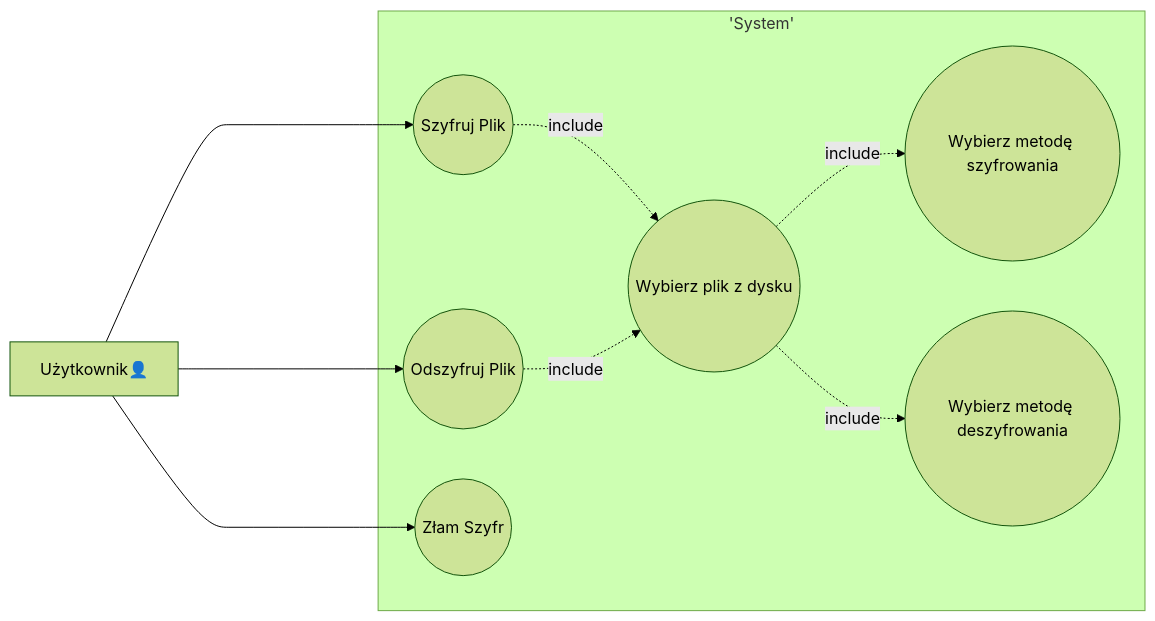
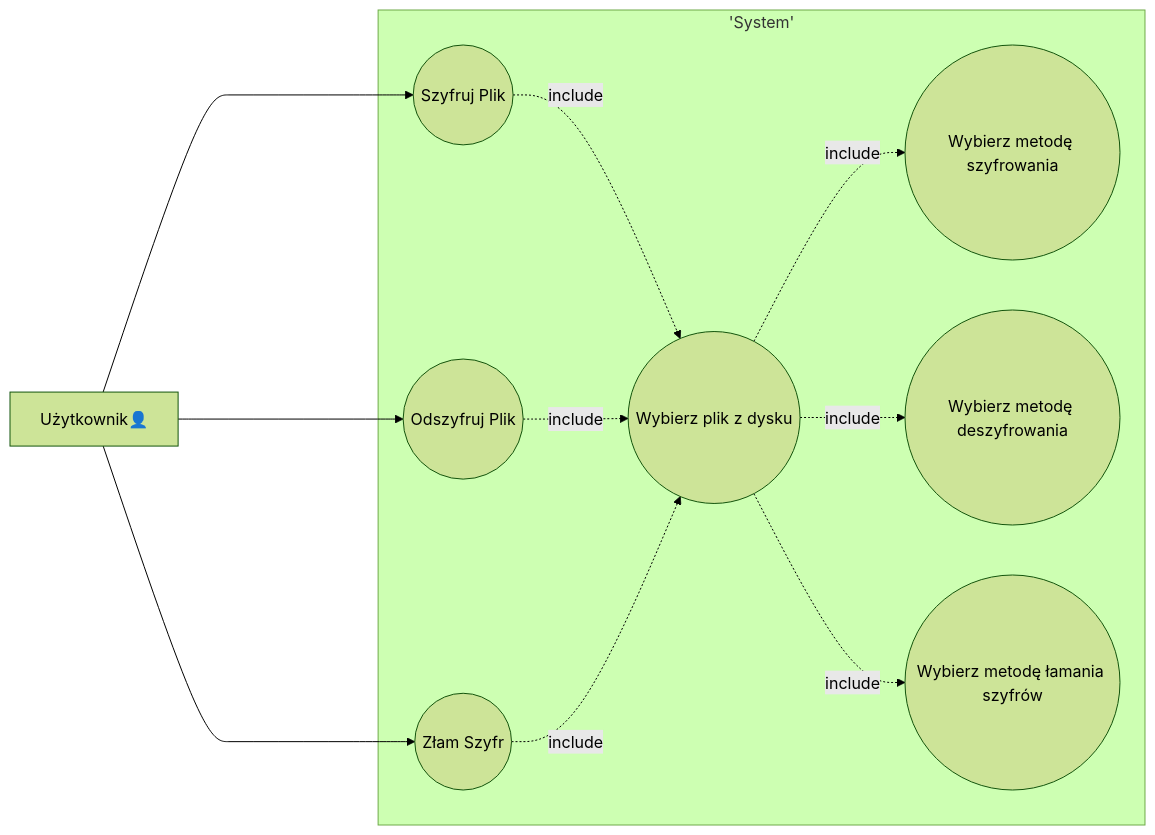
The diagram in README.md (programowanie-obiektowe-projekt/cracking-enigma), drawn with Mermaid (forest theme) before and after one commit. The commit also changed other lines of this file, not shown here.

````diff
--- a/README.md
+++ b/README.md
@@ -44,22 +44,25 @@
 ```mermaid
 flowchart LR
     subgraph 'System'
     uc1((Szyfruj Plik))
     uc2((Odszyfruj Plik))
     uc6((Złam Szyfr))
     uc3((Wybierz plik z dysku))
     uc4((Wybierz metodę szyfrowania))
-	uc5((Wybierz metodę deszyfrowania))
+    uc5((Wybierz metodę deszyfrowania))
+    uc7((Wybierz metodę łamania szyfrów))
 
     end
     customer[Użytkownik👤]
 
     customer----->uc1
     customer-->uc2
     customer --> uc6
     uc1 -. include .-> uc3
     uc3 -. include .-> uc4
     uc2 -. include .-> uc3
     uc3 -. include .-> uc5
+    uc6 -. include .-> uc3
+    uc3 -. include .-> uc7
     
 ```
````
